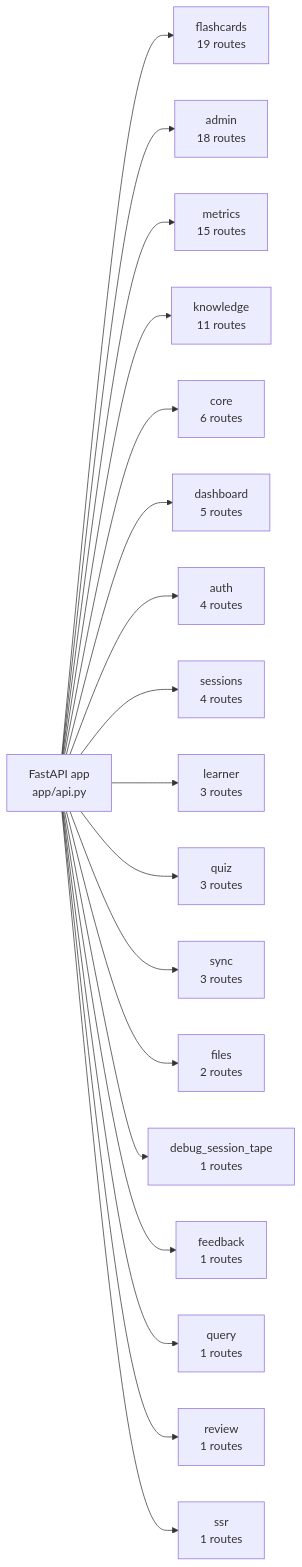
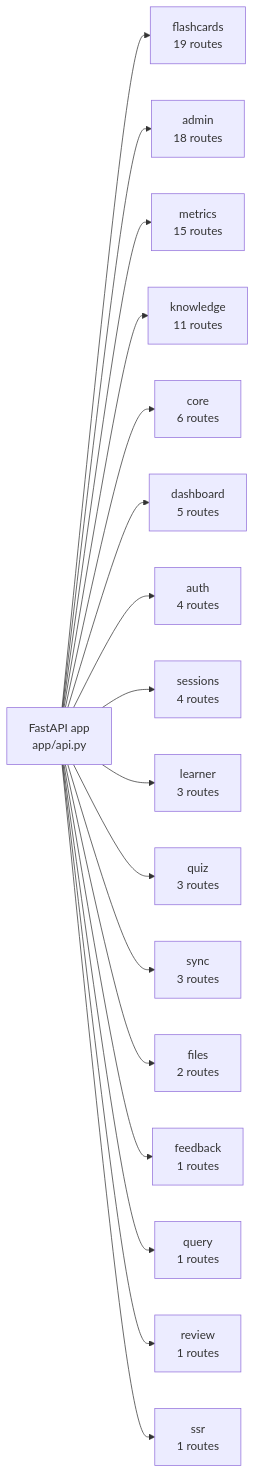
One commit to ktolmachov/hometutor changed the first of 9 diagrams in docs/diagrams.md. Above: the diagram before and after it, drawn with Mermaid. The commit also changed other lines of this file and 10 other files, not shown here.

````diff
--- a/docs/diagrams.md
+++ b/docs/diagrams.md
@@ -12,21 +12,20 @@
 ```mermaid
 flowchart LR
     API["FastAPI app<br/>app/api.py"]
     API --> flashcards["flashcards<br/>19 routes"]
     API --> admin["admin<br/>18 routes"]
     API --> metrics["metrics<br/>15 routes"]
     API --> knowledge["knowledge<br/>11 routes"]
     API --> core["core<br/>6 routes"]
     API --> dashboard["dashboard<br/>5 routes"]
     API --> auth["auth<br/>4 routes"]
     API --> sessions["sessions<br/>4 routes"]
     API --> learner["learner<br/>3 routes"]
     API --> quiz["quiz<br/>3 routes"]
     API --> sync["sync<br/>3 routes"]
     API --> files["files<br/>2 routes"]
-    API --> debug_session_tape["debug_session_tape<br/>1 routes"]
     API --> feedback["feedback<br/>1 routes"]
     API --> query["query<br/>1 routes"]
     API --> review["review<br/>1 routes"]
     API --> ssr["ssr<br/>1 routes"]
 ```
````
